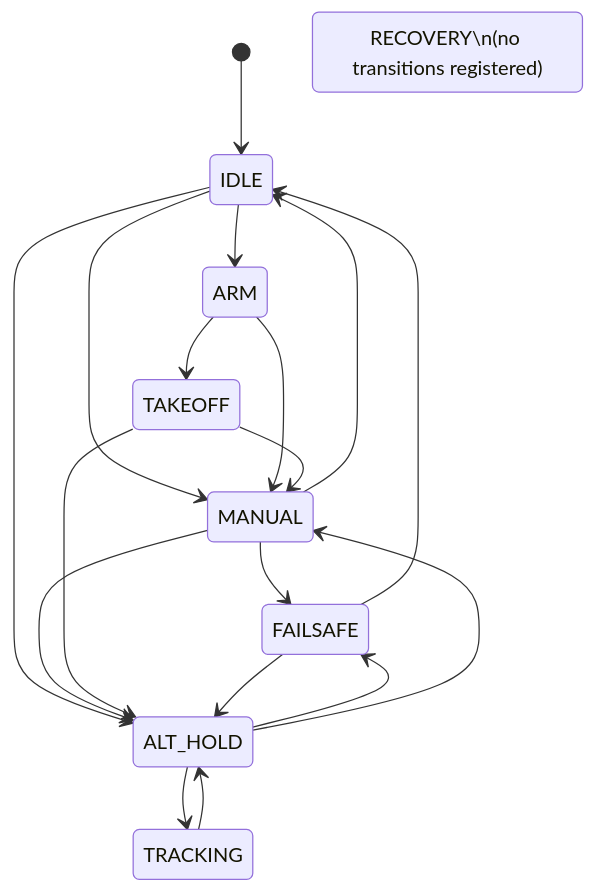
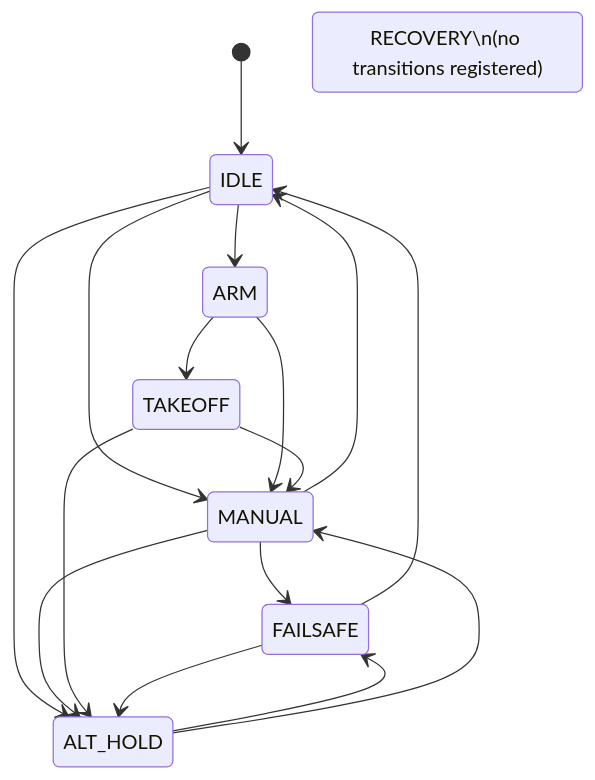
Before and after one commit to mayaboker/bt_ws: the diagram in bt_app/docs/state_machine_transitions.md, drawn with Mermaid. The commit also changed other lines of this file and 36 other files, not shown here.

````diff
--- a/bt_app/docs/state_machine_transitions.md
+++ b/bt_app/docs/state_machine_transitions.md
@@ -9,29 +9,27 @@
 ```mermaid
 stateDiagram-v2
     [*] --> IDLE
 
     IDLE --> ARM
     IDLE --> MANUAL
     IDLE --> ALT_HOLD
 
     ARM --> MANUAL
     ARM --> TAKEOFF
 
     MANUAL --> FAILSAFE
     MANUAL --> IDLE
     MANUAL --> ALT_HOLD
 
     TAKEOFF --> ALT_HOLD
     TAKEOFF --> MANUAL
 
     ALT_HOLD --> FAILSAFE
     ALT_HOLD --> MANUAL
-    ALT_HOLD --> TRACKING
 
     FAILSAFE --> ALT_HOLD
     FAILSAFE --> IDLE
 
-    TRACKING --> ALT_HOLD
 
     state "RECOVERY\n(no transitions registered)" as RECOVERY
 ```
````
